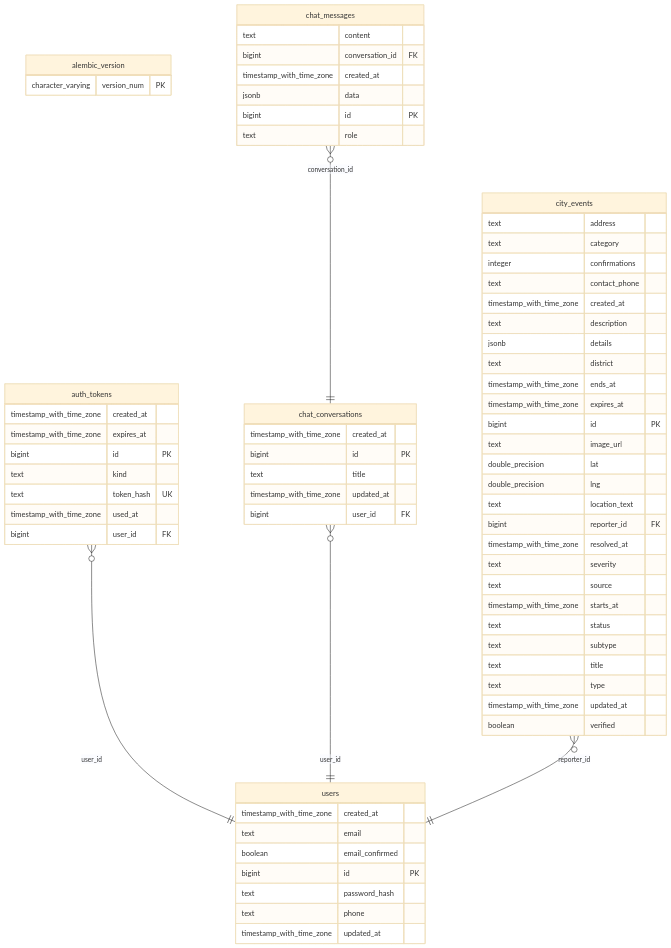
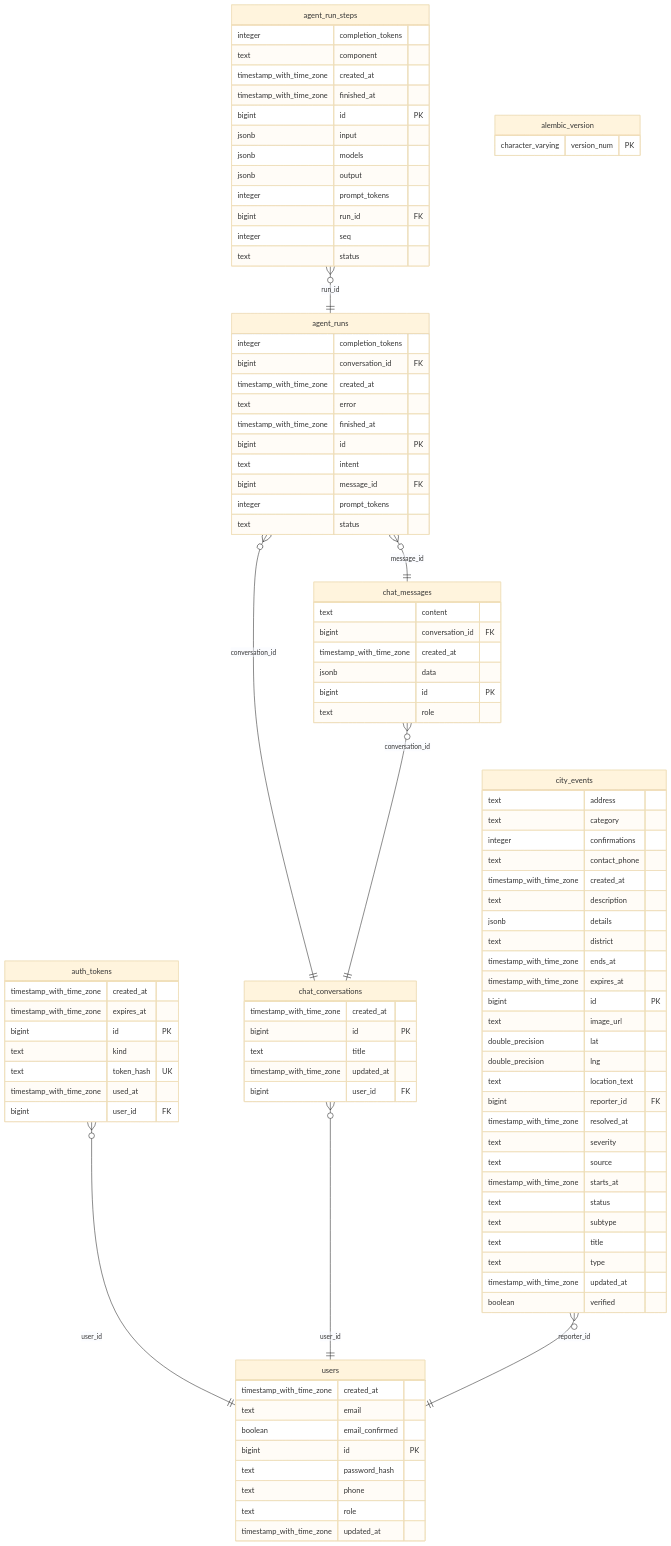
The diagram in docs/db_er.mmd (imprv-ai-materials/ai-2030--G1--smart-wroclaw), drawn with Mermaid (base theme) before and after one commit. The commit also changed 28 other files, not shown here.

```diff
--- a/docs/db_er.mmd
+++ b/docs/db_er.mmd
@@ -1,75 +1,107 @@
 erDiagram
+    agent_run_steps {
+        integer completion_tokens 
+        text component 
+        timestamp_with_time_zone created_at 
+        timestamp_with_time_zone finished_at 
+        bigint id PK 
+        jsonb input 
+        jsonb models 
+        jsonb output 
+        integer prompt_tokens 
+        bigint run_id FK 
+        integer seq 
+        text status 
+    }
+
+    agent_runs {
+        integer completion_tokens 
+        bigint conversation_id FK 
+        timestamp_with_time_zone created_at 
+        text error 
+        timestamp_with_time_zone finished_at 
+        bigint id PK 
+        text intent 
+        bigint message_id FK 
+        integer prompt_tokens 
+        text status 
+    }
+
     alembic_version {
         character_varying version_num PK 
     }
 
     auth_tokens {
         timestamp_with_time_zone created_at 
         timestamp_with_time_zone expires_at 
         bigint id PK 
         text kind 
         text token_hash UK 
         timestamp_with_time_zone used_at 
         bigint user_id FK 
     }
 
     chat_conversations {
         timestamp_with_time_zone created_at 
         bigint id PK 
         text title 
         timestamp_with_time_zone updated_at 
         bigint user_id FK 
     }
 
     chat_messages {
         text content 
         bigint conversation_id FK 
         timestamp_with_time_zone created_at 
         jsonb data 
         bigint id PK 
         text role 
     }
 
     city_events {
         text address 
         text category 
         integer confirmations 
         text contact_phone 
         timestamp_with_time_zone created_at 
         text description 
         jsonb details 
         text district 
         timestamp_with_time_zone ends_at 
         timestamp_with_time_zone expires_at 
         bigint id PK 
         text image_url 
         double_precision lat 
         double_precision lng 
         text location_text 
         bigint reporter_id FK 
         timestamp_with_time_zone resolved_at 
         text severity 
         text source 
         timestamp_with_time_zone starts_at 
         text status 
         text subtype 
         text title 
         text type 
         timestamp_with_time_zone updated_at 
         boolean verified 
     }
 
     users {
         timestamp_with_time_zone created_at 
         text email 
         boolean email_confirmed 
         bigint id PK 
         text password_hash 
         text phone 
+        text role 
         timestamp_with_time_zone updated_at 
     }
 
+    agent_run_steps }o--|| agent_runs : "run_id"
+    agent_runs }o--|| chat_conversations : "conversation_id"
+    agent_runs }o--|| chat_messages : "message_id"
     auth_tokens }o--|| users : "user_id"
     chat_conversations }o--|| users : "user_id"
     chat_messages }o--|| chat_conversations : "conversation_id"
     city_events }o--|| users : "reporter_id"
```
